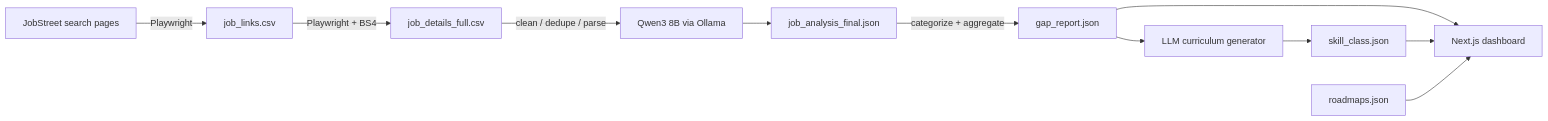
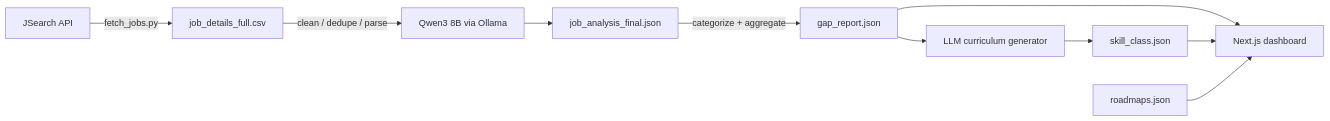
Before and after one commit to RSGzen/udiff: the diagram in docs/UDiff.md, drawn with Mermaid. The commit also changed other lines of this file and 13 other files, not shown here.

````diff
--- a/docs/UDiff.md
+++ b/docs/UDiff.md
@@ -25,13 +25,12 @@
 ```mermaid
 flowchart LR
-    A[JobStreet search pages] -->|Playwright| B[job_links.csv]
-    B -->|Playwright + BS4| C[job_details_full.csv]
+    A[JSearch API] -->|fetch_jobs.py| C[job_details_full.csv]
     C -->|clean / dedupe / parse| D[Qwen3 8B via Ollama]
     D --> E[job_analysis_final.json]
     E -->|categorize + aggregate| F[gap_report.json]
     F --> G[LLM curriculum generator]
     G --> H[skill_class.json]
     F --> W[Next.js dashboard]
     H --> W
     R[roadmaps.json] --> W
 ```
````
